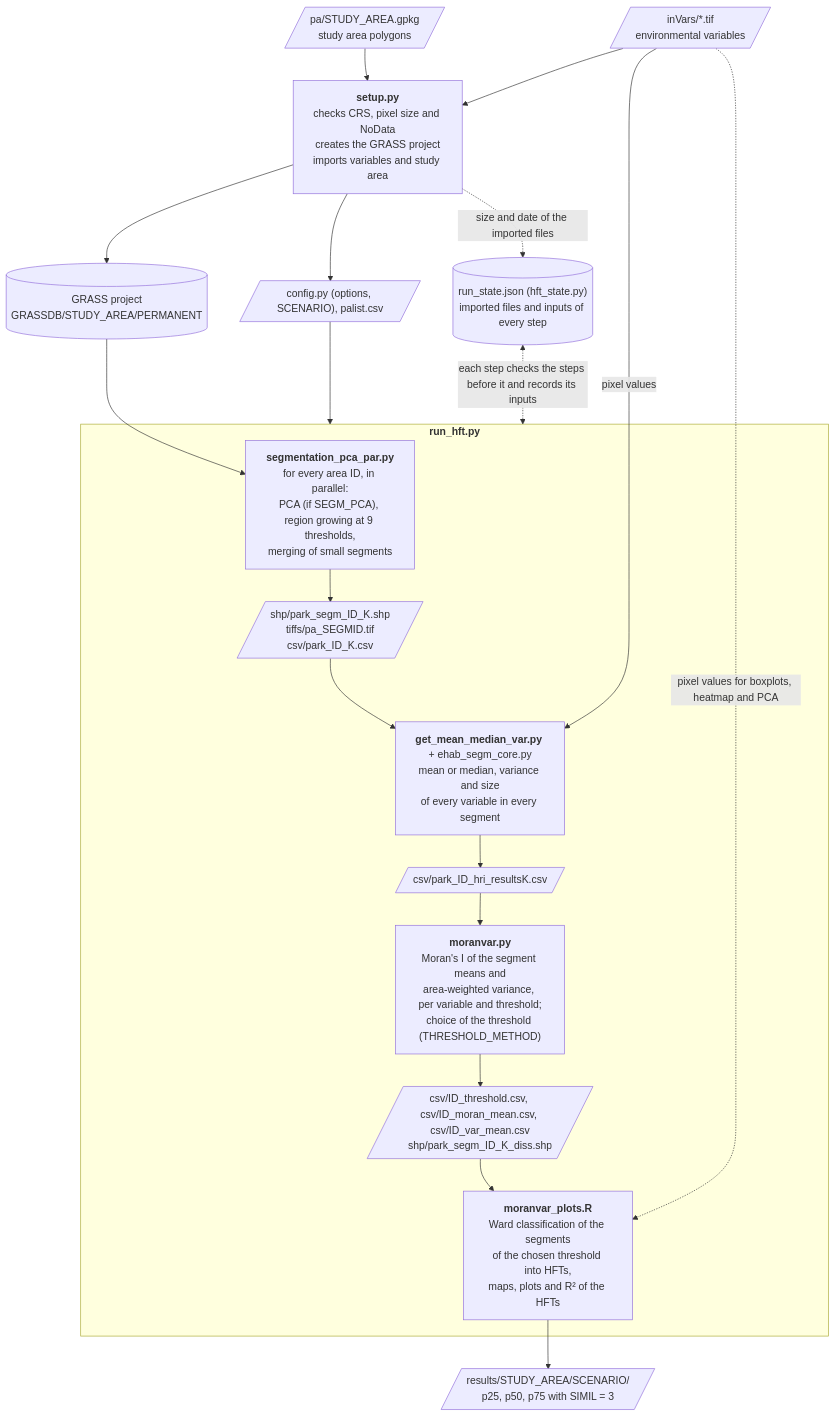
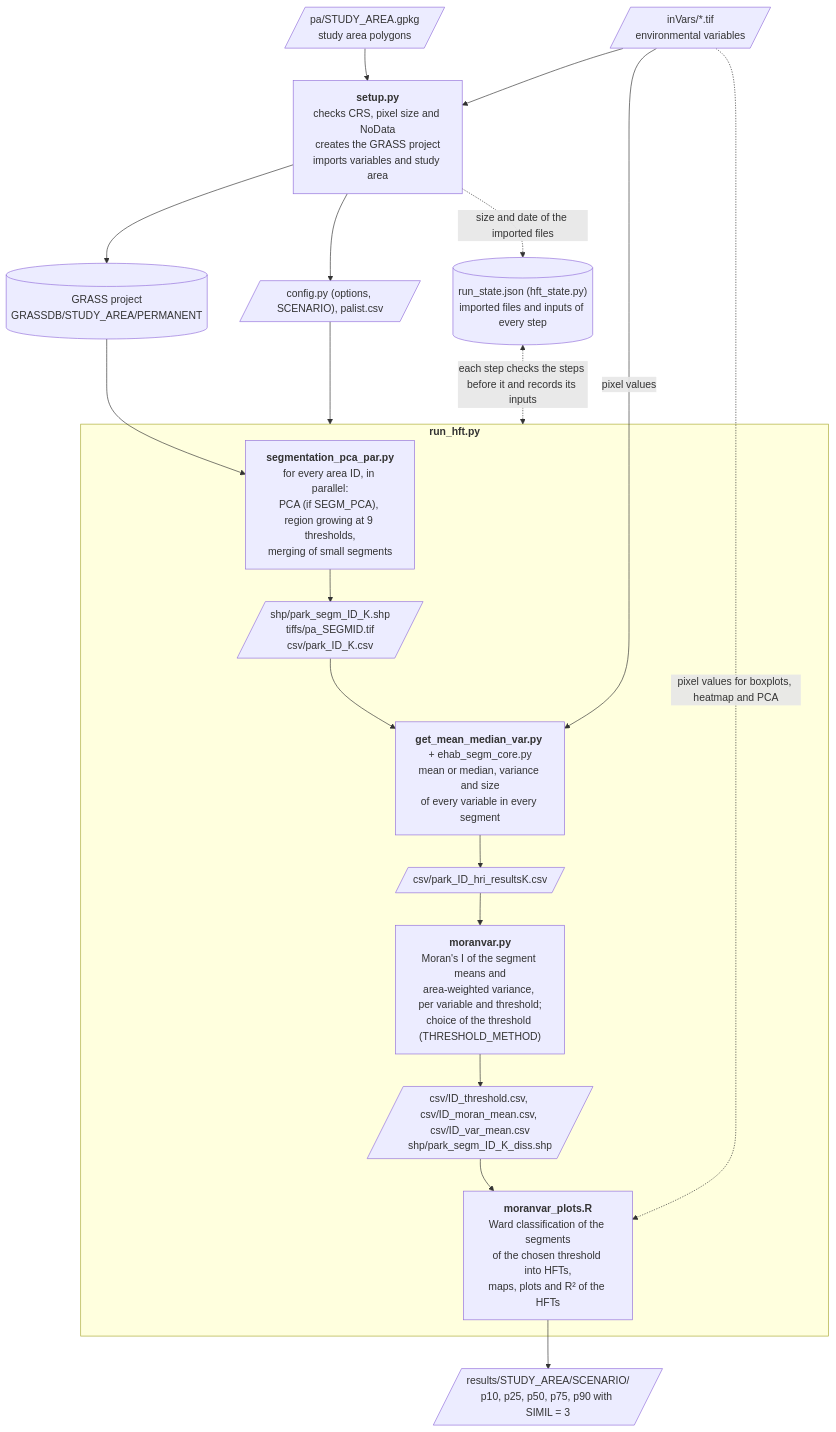
One commit to javimarlop/eHabpy changed the first of 2 diagrams in README.md. Above: the diagram before and after it, drawn with Mermaid. The commit also changed other lines of this file and 4 other files, not shown here.

````diff
--- a/README.md
+++ b/README.md
@@ -1181,32 +1225,32 @@
 ```mermaid
 flowchart TD
     IN1[/"inVars/*.tif<br>environmental variables"/]
     IN2[/"pa/STUDY_AREA.gpkg<br>study area polygons"/]
     SETUP["<b>setup.py</b><br>checks CRS, pixel size and NoData<br>creates the GRASS project<br>imports variables and study area"]
     GDB[("GRASS project<br>GRASSDB/STUDY_AREA/PERMANENT")]
     CFG[/"config.py (options, SCENARIO), palist.csv"/]
     STATE[("run_state.json (hft_state.py)<br>imported files and inputs of every step")]
     subgraph RUN ["<b>run_hft.py</b>"]
         SEG["<b>segmentation_pca_par.py</b><br>for every area ID, in parallel:<br>PCA (if SEGM_PCA), region growing at 9 thresholds,<br>merging of small segments"]
         SEGOUT[/"shp/park_segm_ID_K.shp<br>tiffs/pa_SEGMID.tif<br>csv/park_ID_K.csv"/]
         STAT["<b>get_mean_median_var.py</b> + ehab_segm_core.py<br>mean or median, variance and size<br>of every variable in every segment"]
         HRI[/"csv/park_ID_hri_resultsK.csv"/]
         MOR["<b>moranvar.py</b><br>Moran's I of the segment means and<br>area-weighted variance, per variable and threshold;<br>choice of the threshold (THRESHOLD_METHOD)"]
         MOROUT[/"csv/ID_threshold.csv, csv/ID_moran_mean.csv, csv/ID_var_mean.csv<br>shp/park_segm_ID_K_diss.shp"/]
         RPLOT["<b>moranvar_plots.R</b><br>Ward classification of the segments<br>of the chosen threshold into HFTs,<br>maps, plots and R² of the HFTs"]
         SEG --> SEGOUT --> STAT --> HRI --> MOR --> MOROUT --> RPLOT
     end
-    RES[/"results/STUDY_AREA/SCENARIO/<br>p25, p50, p75 with SIMIL = 3"/]
+    RES[/"results/STUDY_AREA/SCENARIO/<br>p10, p25, p50, p75, p90 with SIMIL = 3"/]
 
     IN1 --> SETUP
     IN2 --> SETUP
     SETUP --> GDB
     SETUP --> CFG
     SETUP -. "size and date of the imported files" .-> STATE
     GDB --> SEG
     CFG --> RUN
     STATE <-. "each step checks the steps before it and records its inputs" .-> RUN
     IN1 -- pixel values --> STAT
     IN1 -. pixel values for boxplots, heatmap and PCA .-> RPLOT
     RPLOT --> RES
 ```
````
